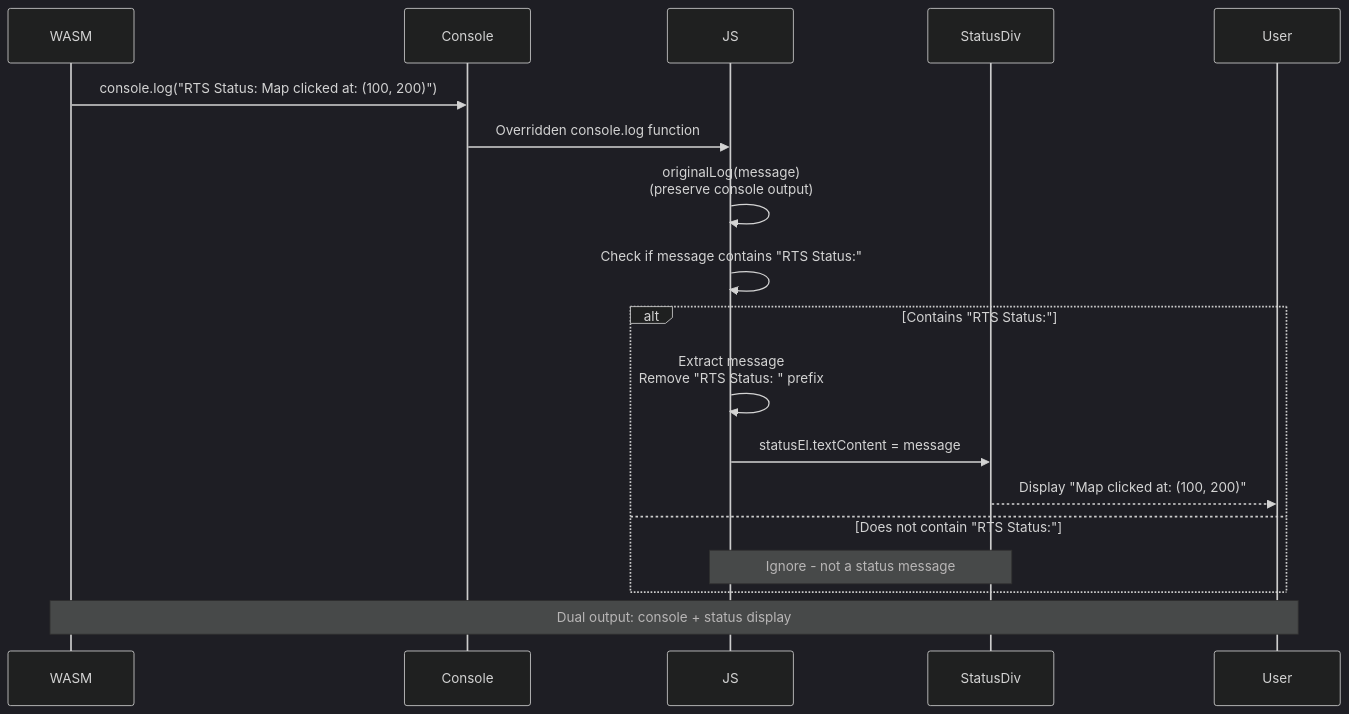
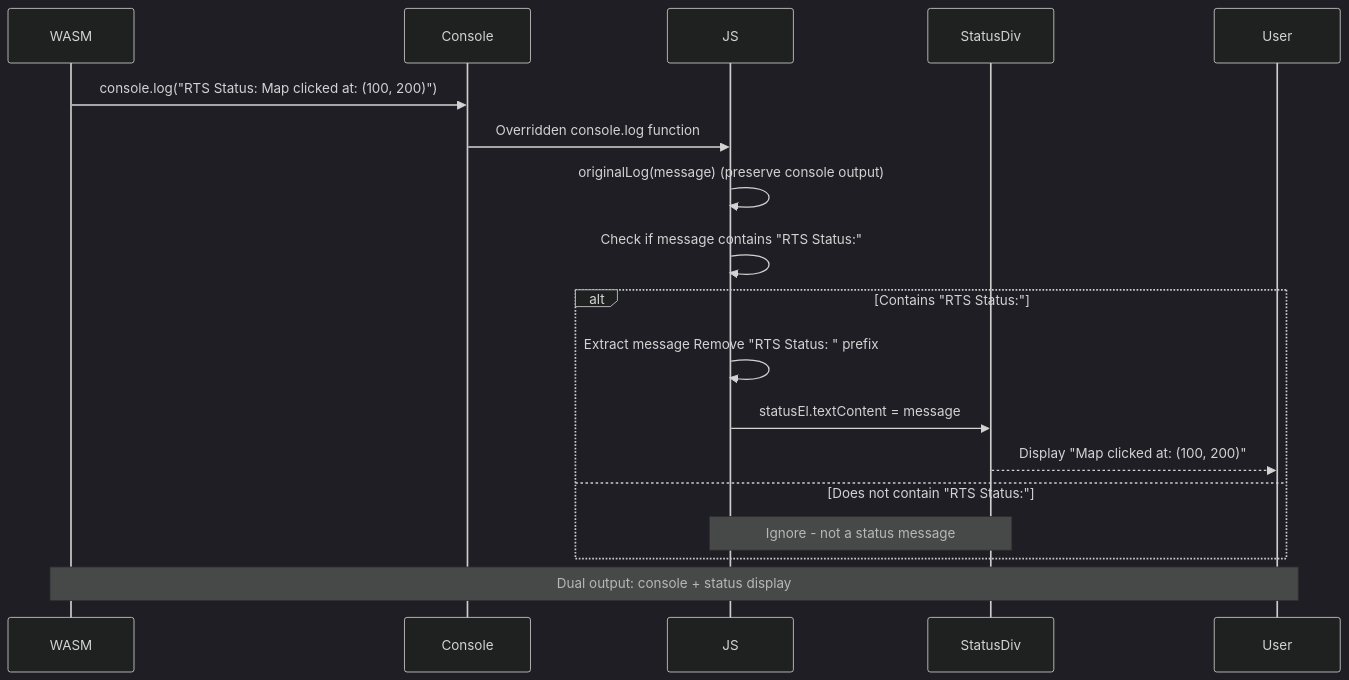
One commit to softwarewrighter/rts_mock changed diagram 12 of 13 in wiki/Interaction-Flows.md. Above: the diagram before and after it, drawn with Mermaid (dark theme). The commit also changed other lines of this file and 5 other files, not shown here.

First line of the commit message:
Fix wiki Mermaid diagrams: remove <br/> tags

````diff
--- a/wiki/Interaction-Flows.md
+++ b/wiki/Interaction-Flows.md
@@ -379,22 +379,22 @@
 ```mermaid
 sequenceDiagram
     participant WASM
     participant Console
     participant JS
     participant StatusDiv
     participant User
 
     WASM->>Console: console.log("RTS Status: Map clicked at: (100, 200)")
     Console->>JS: Overridden console.log function
-    JS->>JS: originalLog(message)<br/>(preserve console output)
+    JS->>JS: originalLog(message) (preserve console output)
     JS->>JS: Check if message contains "RTS Status:"
     alt Contains "RTS Status:"
-        JS->>JS: Extract message<br/>Remove "RTS Status: " prefix
+        JS->>JS: Extract message Remove "RTS Status: " prefix
         JS->>StatusDiv: statusEl.textContent = message
         StatusDiv-->>User: Display "Map clicked at: (100, 200)"
     else Does not contain "RTS Status:"
         Note over JS,StatusDiv: Ignore - not a status message
     end
 
     Note over WASM,User: Dual output: console + status display
 ```
````
